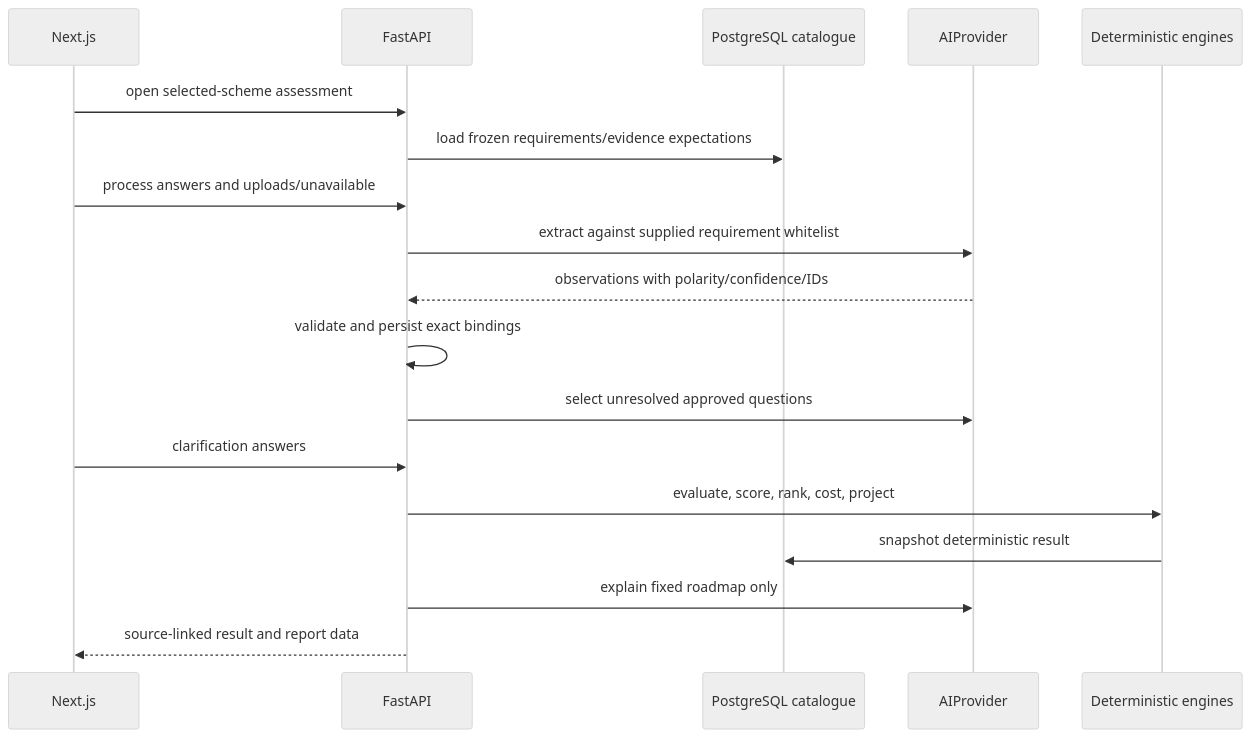
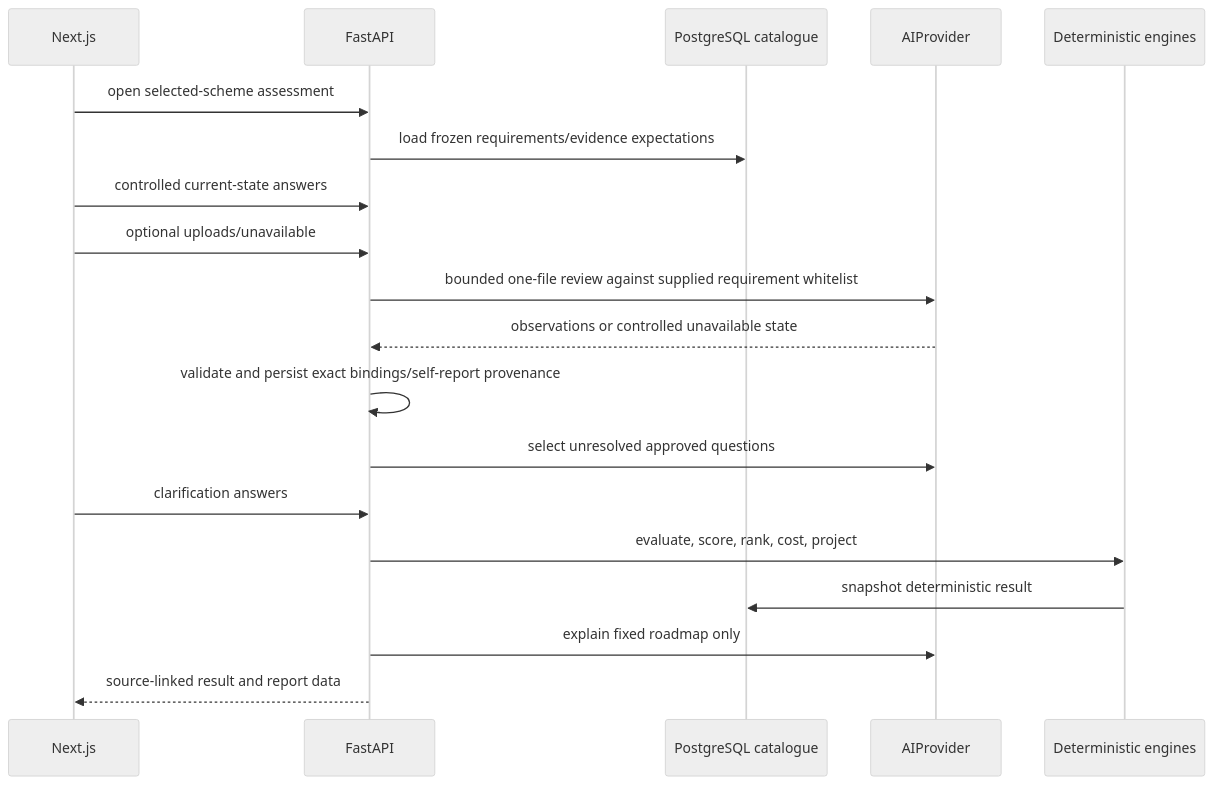
The fourth of 6 diagrams in docs/ARCHITECTURE.md (HirushaSipsara/certifylk), drawn with Mermaid (neutral theme) before and after one commit. The commit also changed other lines of this file and 43 other files, not shown here.

````diff
--- a/docs/ARCHITECTURE.md
+++ b/docs/ARCHITECTURE.md
@@ -88,20 +88,21 @@
 ```mermaid
 sequenceDiagram
   participant UI as Next.js
   participant API as FastAPI
   participant DB as PostgreSQL catalogue
   participant AI as AIProvider
   participant Engine as Deterministic engines
   UI->>API: open selected-scheme assessment
   API->>DB: load frozen requirements/evidence expectations
-  UI->>API: process answers and uploads/unavailable
-  API->>AI: extract against supplied requirement whitelist
-  AI-->>API: observations with polarity/confidence/IDs
-  API->>API: validate and persist exact bindings
+  UI->>API: controlled current-state answers
+  UI->>API: optional uploads/unavailable
+  API->>AI: bounded one-file review against supplied requirement whitelist
+  AI-->>API: observations or controlled unavailable state
+  API->>API: validate and persist exact bindings/self-report provenance
   API->>AI: select unresolved approved questions
   UI->>API: clarification answers
   API->>Engine: evaluate, score, rank, cost, project
   Engine->>DB: snapshot deterministic result
   API->>AI: explain fixed roadmap only
   API-->>UI: source-linked result and report data
 ```
````
